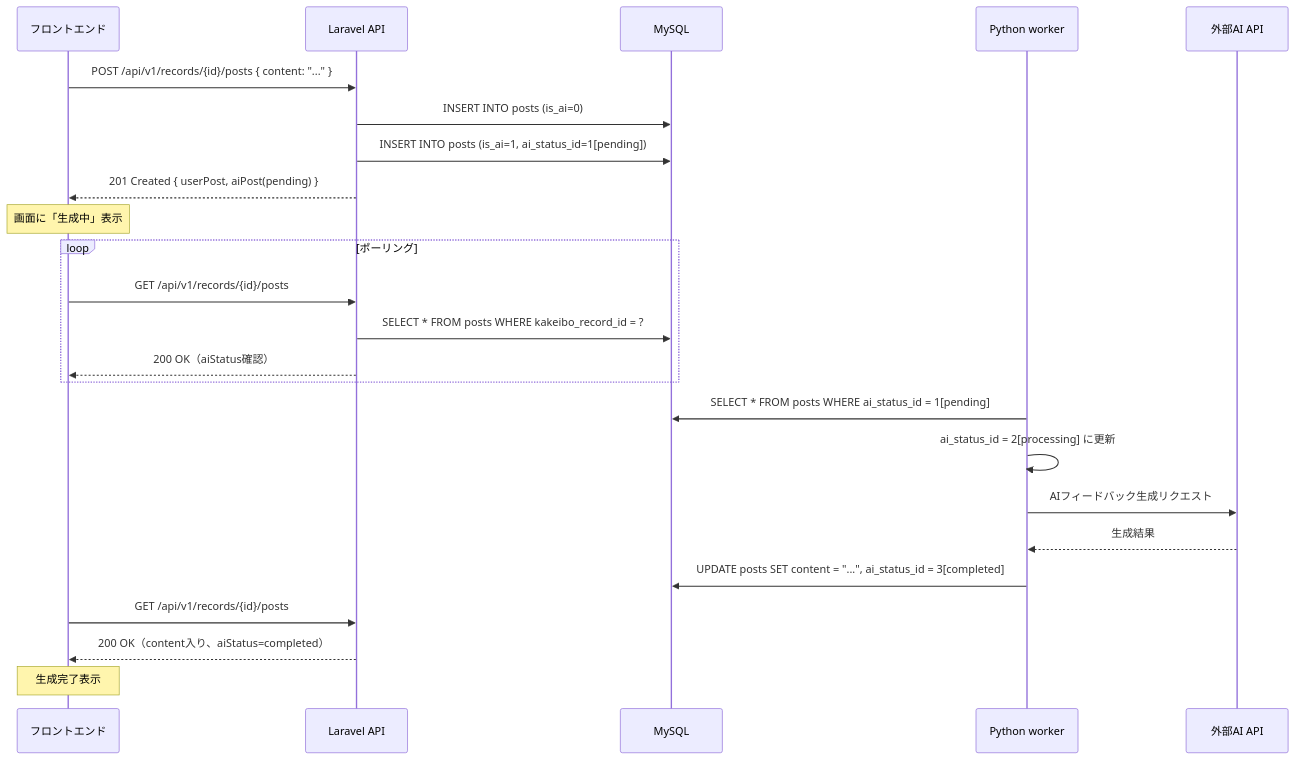
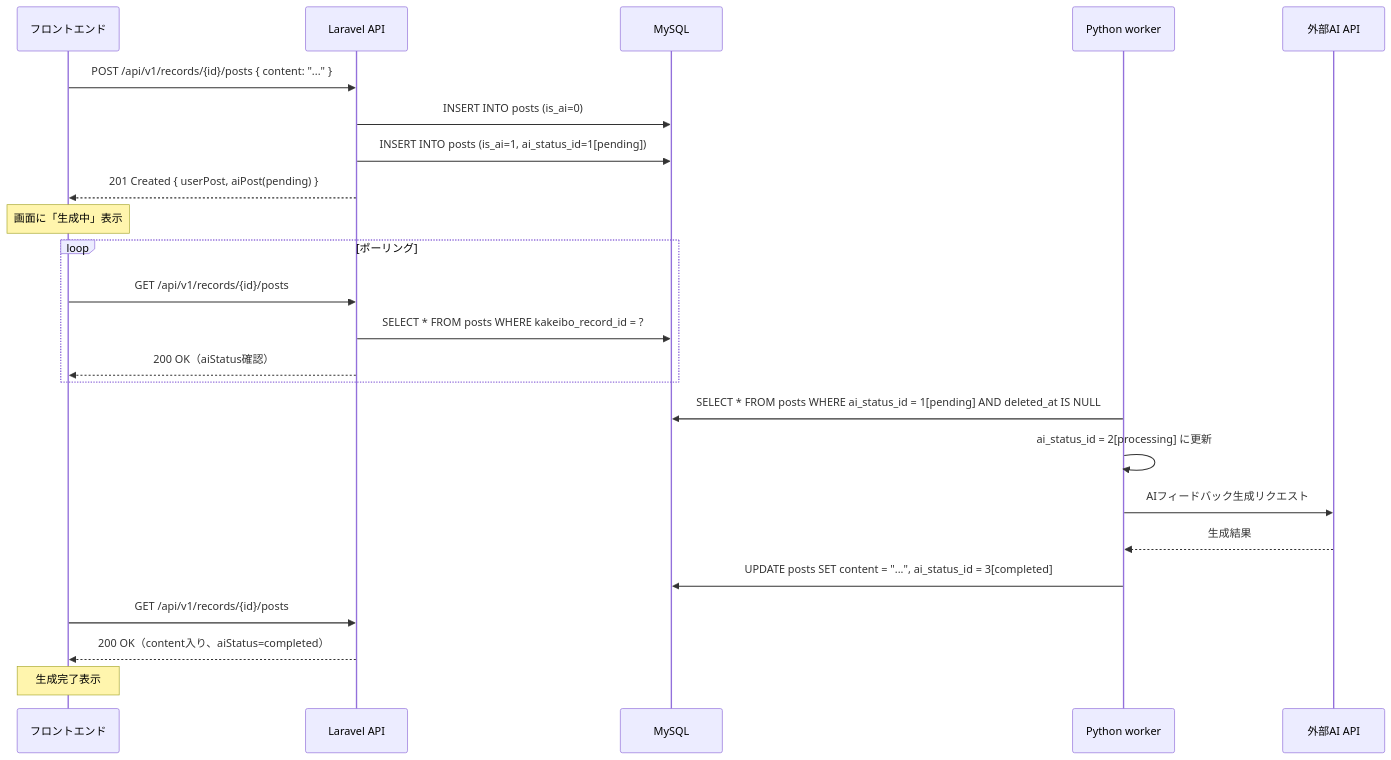
Before and after one commit to space-musicacct/resmane: the second of 2 diagrams in docs/API設計/API設計書.md, drawn with Mermaid. The commit also changed other lines of this file, not shown here.

Commit message:
workerの処理対象から論理削除済み投稿を除外する条件を明記

````diff
--- a/docs/API設計/API設計書.md
+++ b/docs/API設計/API設計書.md
@@ -1278,31 +1278,31 @@
 ```mermaid
 sequenceDiagram
     participant U as フロントエンド
     participant A as Laravel API
     participant DB as MySQL
     participant W as Python worker
     participant AI as 外部AI API
 
     U->>A: POST /api/v1/records/{id}/posts { content: "..." }
     A->>DB: INSERT INTO posts (is_ai=0)
     A->>DB: INSERT INTO posts (is_ai=1, ai_status_id=1[pending])
     A-->>U: 201 Created { userPost, aiPost(pending) }
 
     Note over U: 画面に「生成中」表示
 
     loop ポーリング
         U->>A: GET /api/v1/records/{id}/posts
         A->>DB: SELECT * FROM posts WHERE kakeibo_record_id = ?
         A-->>U: 200 OK（aiStatus確認）
     end
 
-    W->>DB: SELECT * FROM posts WHERE ai_status_id = 1[pending]
+    W->>DB: SELECT * FROM posts WHERE ai_status_id = 1[pending] AND deleted_at IS NULL
     W->>W: ai_status_id = 2[processing] に更新
     W->>AI: AIフィードバック生成リクエスト
     AI-->>W: 生成結果
     W->>DB: UPDATE posts SET content = "...", ai_status_id = 3[completed]
 
     U->>A: GET /api/v1/records/{id}/posts
     A-->>U: 200 OK（content入り、aiStatus=completed）
     Note over U: 生成完了表示
 ```
````
